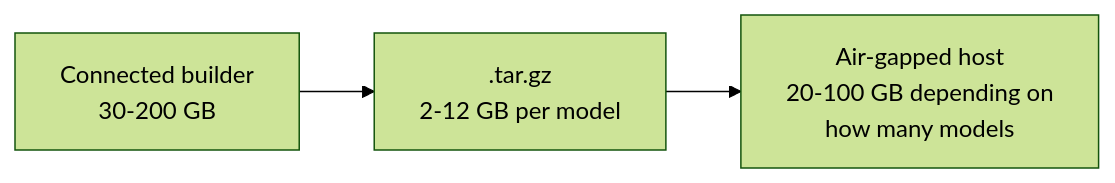
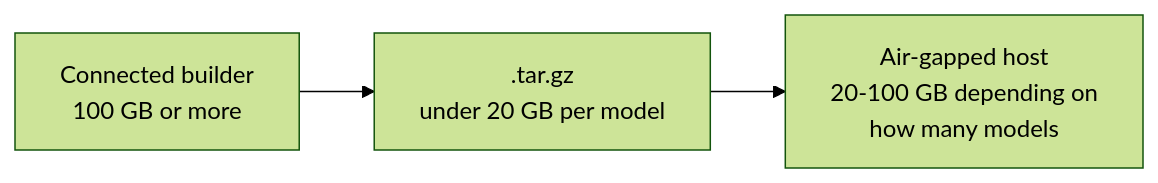
Before and after one commit to jina-ai/jina-on-prem: the second of 2 diagrams in docs/Sizing-And-Hardware.md, drawn with Mermaid (forest theme). The commit also changed other lines of this file and 21 other files, not shown here.

````diff
--- a/docs/Sizing-And-Hardware.md
+++ b/docs/Sizing-And-Hardware.md
@@ -78,9 +66,9 @@
 ```mermaid
 flowchart LR
     A[Connected builder
-30-200 GB] --> B[.tar.gz
-2-12 GB per model]
+100 GB or more] --> B[.tar.gz
+under 20 GB per model]
     B --> C[Air-gapped host
 20-100 GB depending on
 how many models]
 ```
````
